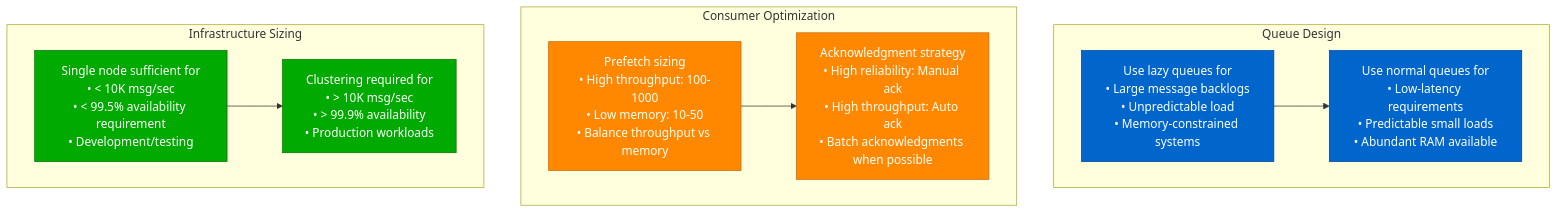
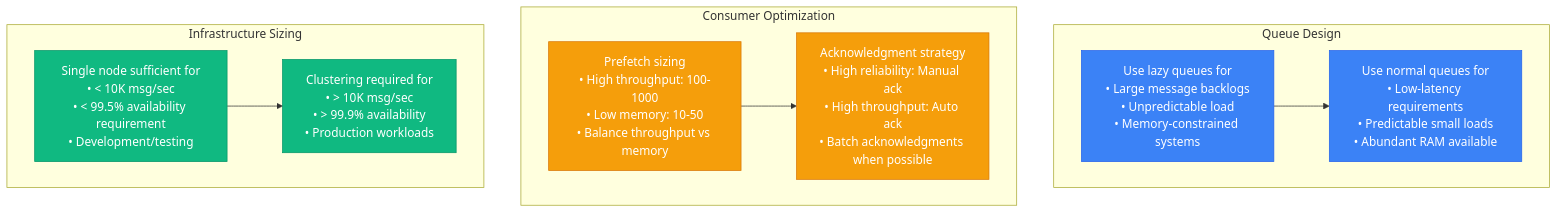
Diagram 13 of 13 in site/docs/performance/rabbitmq-performance-profile.md (deepaucksharma/DS), drawn with Mermaid before and after one commit. The commit also changed other lines of this file and 303 other files, not shown here.

````diff
--- a/site/docs/performance/rabbitmq-performance-profile.md
+++ b/site/docs/performance/rabbitmq-performance-profile.md
@@ -504,34 +504,34 @@
 ```mermaid
 graph TB
     subgraph "Queue Design"
         QD1[Use lazy queues for<br/>• Large message backlogs<br/>• Unpredictable load<br/>• Memory-constrained systems]
 
         QD2[Use normal queues for<br/>• Low-latency requirements<br/>• Predictable small loads<br/>• Abundant RAM available]
 
         QD1 --> QD2
     end
 
     subgraph "Consumer Optimization"
         CO1[Prefetch sizing<br/>• High throughput: 100-1000<br/>• Low memory: 10-50<br/>• Balance throughput vs memory]
 
         CO2[Acknowledgment strategy<br/>• High reliability: Manual ack<br/>• High throughput: Auto ack<br/>• Batch acknowledgments when possible]
 
         CO1 --> CO2
     end
 
     subgraph "Infrastructure Sizing"
         IS1[Single node sufficient for<br/>• < 10K msg/sec<br/>• < 99.5% availability requirement<br/>• Development/testing]
 
         IS2[Clustering required for<br/>• > 10K msg/sec<br/>• > 99.9% availability<br/>• Production workloads]
 
         IS1 --> IS2
     end
 
-    classDef queueStyle fill:#0066CC,stroke:#004499,color:#fff
-    classDef consumerStyle fill:#FF8800,stroke:#CC6600,color:#fff
-    classDef infraStyle fill:#00AA00,stroke:#007700,color:#fff
+    classDef queueStyle fill:#3B82F6,stroke:#2563EB,color:#fff
+    classDef consumerStyle fill:#F59E0B,stroke:#D97706,color:#fff
+    classDef infraStyle fill:#10B981,stroke:#059669,color:#fff
 
     class QD1,QD2 queueStyle
     class CO1,CO2 consumerStyle
     class IS1,IS2 infraStyle
 ```
````
